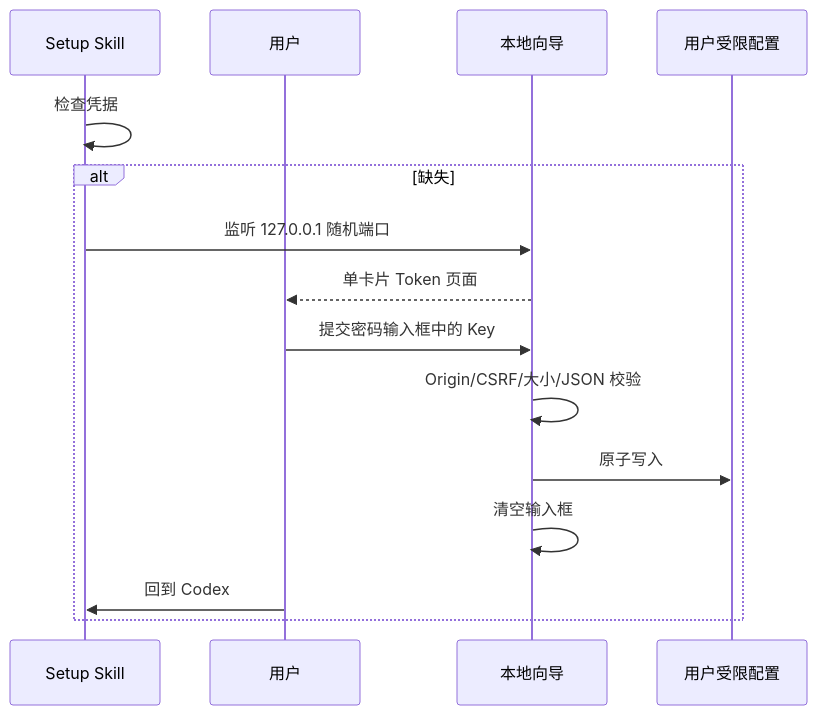
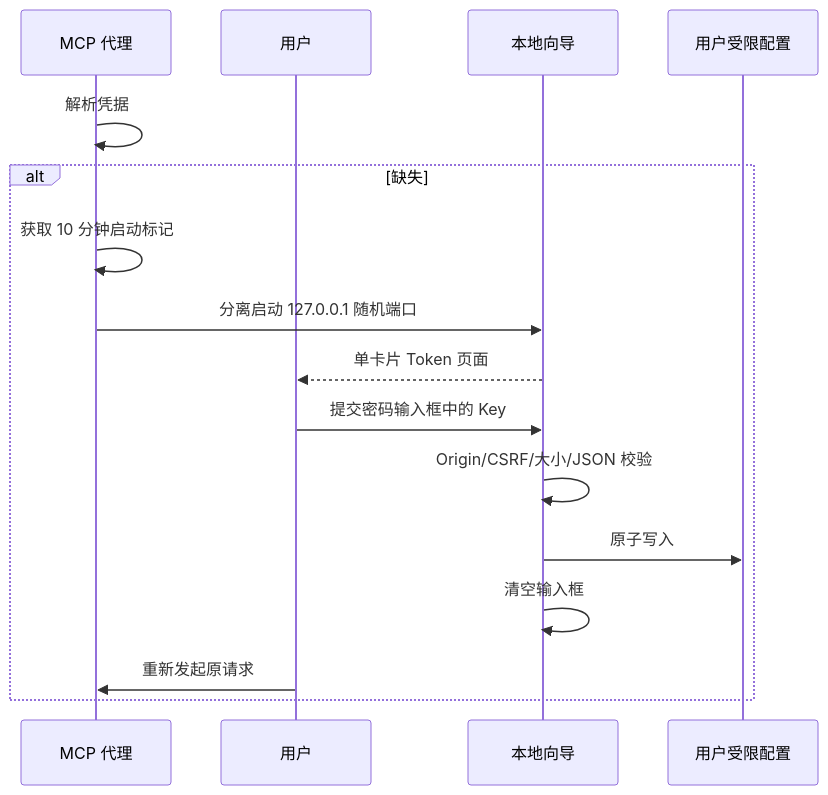
One commit to full-stack-plugins/stitch-design-plugin changed the first of 6 diagrams in docs/Stitch-Design-Technical-Solution.zh_CN.md. Above: the diagram before and after it, drawn with Mermaid. The commit also changed other lines of this file and 17 other files, not shown here.

````diff
--- a/docs/Stitch-Design-Technical-Solution.zh_CN.md
+++ b/docs/Stitch-Design-Technical-Solution.zh_CN.md
@@ -41,17 +41,18 @@
 ```mermaid
 sequenceDiagram
-    participant S as Setup Skill
+    participant S as MCP 代理
     participant U as 用户
     participant L as 本地向导
     participant F as 用户受限配置
-    S->>S: 检查凭据
+    S->>S: 解析凭据
     alt 缺失
-      S->>L: 监听 127.0.0.1 随机端口
+      S->>S: 获取 10 分钟启动标记
+      S->>L: 分离启动 127.0.0.1 随机端口
       L-->>U: 单卡片 Token 页面
       U->>L: 提交密码输入框中的 Key
       L->>L: Origin/CSRF/大小/JSON 校验
       L->>F: 原子写入
       L->>L: 清空输入框
-      U->>S: 回到 Codex
+      U->>S: 重新发起原请求
     end
 ```
````
